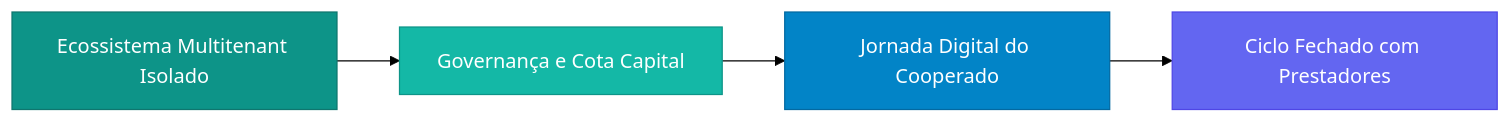
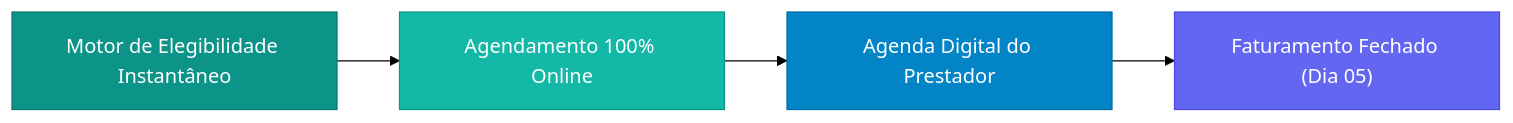
The first of 3 diagrams in documentos/ROTEIRO_APRESENTACAO_CBSAUDE.md (gersoncorreia/siscoop3f), drawn with Mermaid (forest theme) before and after one commit. The commit also changed other lines of this file and 317 other files, not shown here.

Commit message:
feat(fluxo-online): implementar motor de elegibilidade instantaneo, agendamento online e painel centralizado do prestador

````diff
--- a/documentos/ROTEIRO_APRESENTACAO_CBSAUDE.md
+++ b/documentos/ROTEIRO_APRESENTACAO_CBSAUDE.md
@@ -68,11 +64,11 @@
 ```mermaid
 flowchart LR
-    A["Ecossistema Multitenant Isolado"] --> B["Governança e Cota Capital"]
-    B --> C["Jornada Digital do Cooperado"]
-    C --> D["Ciclo Fechado com Prestadores"]
+    A["Motor de Elegibilidade Instantâneo"] --> B["Agendamento 100% Online"]
+    B --> C["Agenda Digital do Prestador"]
+    C --> D["Faturamento Fechado (Dia 05)"]
     
     style A fill:#0d9488,stroke:#0f766e,color:#fff
     style B fill:#14b8a6,stroke:#0d9488,color:#fff
     style C fill:#0284c7,stroke:#0369a1,color:#fff
     style D fill:#6366f1,stroke:#4f46e5,color:#fff
 ```
````
